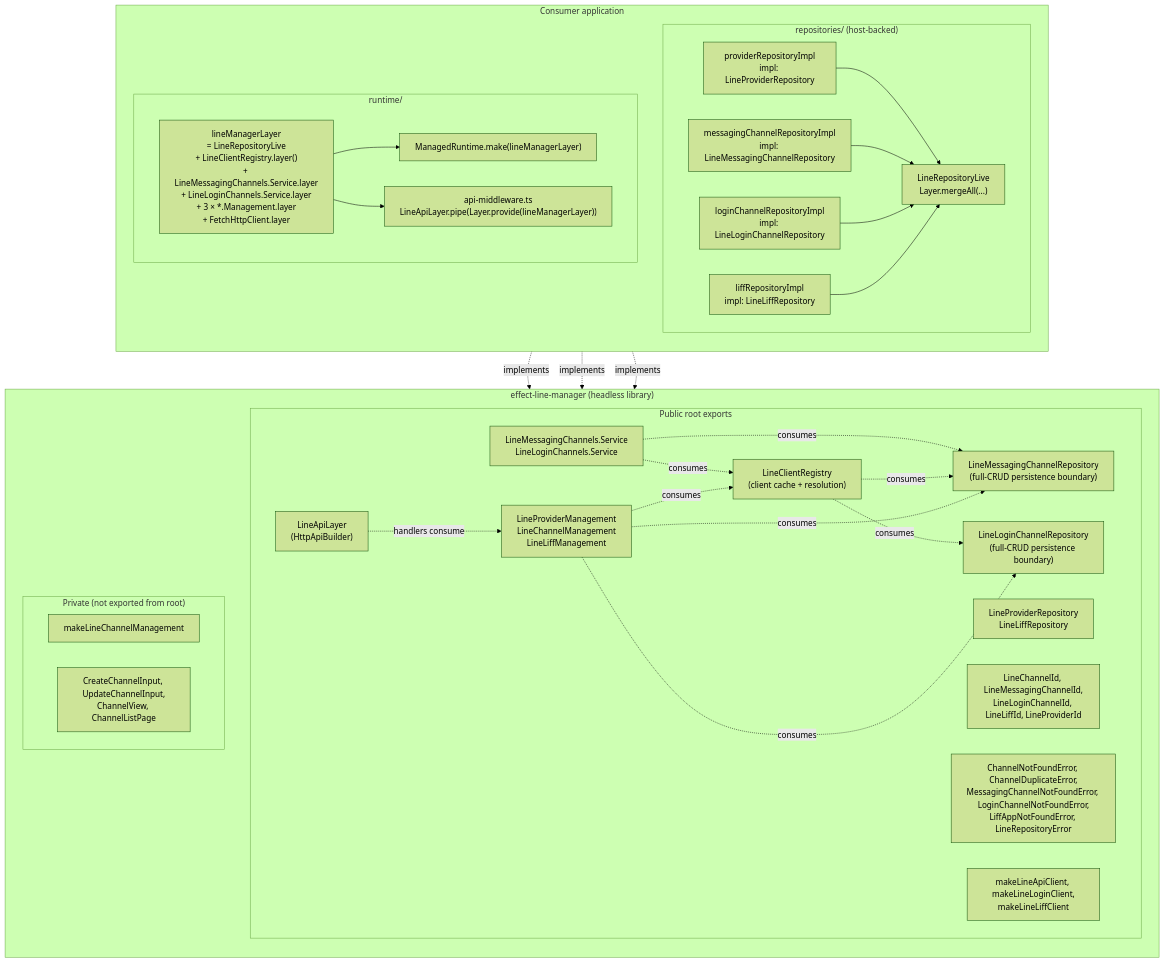
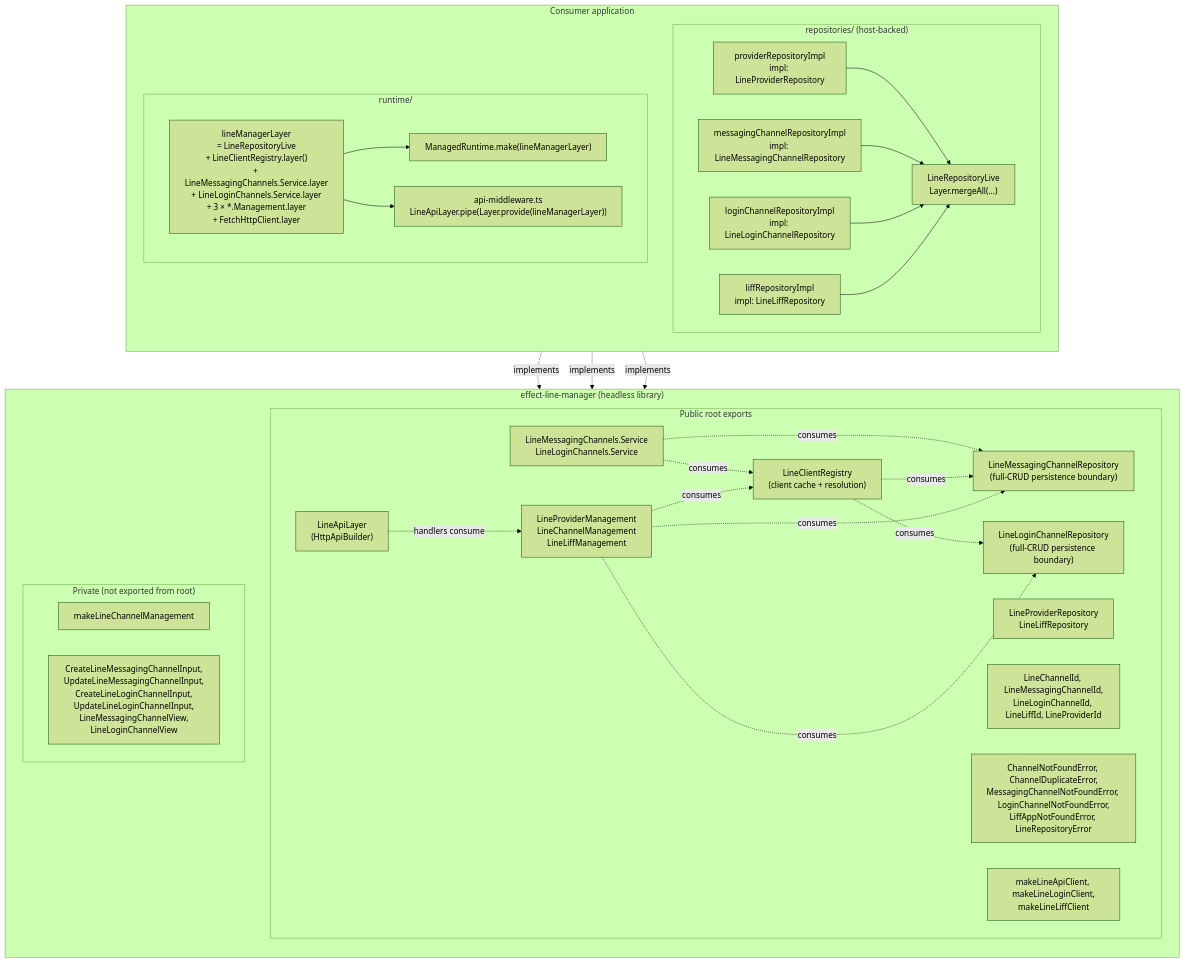
The diagram in docs/INTEGRATION.md (allenthich/effect-line-manager), drawn with Mermaid (forest theme) before and after one commit. The commit also changed other lines of this file and 26 other files, not shown here.

Commit message:
feat(line-manager)!: remove combined channel shim surface, split web UI into messaging + login tabs

````diff
--- a/docs/INTEGRATION.md
+++ b/docs/INTEGRATION.md
@@ -9,65 +9,65 @@
 ```mermaid
 flowchart TD
   subgraph Library["effect-line-manager (headless library)"]
     direction TB
 
     subgraph PublicSurface["Public root exports"]
       direction LR
       MessagingRepo["LineMessagingChannelRepository<br/>(full-CRUD persistence boundary)"]
       LoginRepo["LineLoginChannelRepository<br/>(full-CRUD persistence boundary)"]
       MgmtServices["LineProviderManagement<br/>LineChannelManagement<br/>LineLiffManagement"]
       Registry["LineClientRegistry<br/>(client cache + resolution)"]
       DomainServices["LineMessagingChannels.Service<br/>LineLoginChannels.Service"]
       Ports["LineProviderRepository<br/>LineLiffRepository"]
       HttpApi["LineApiLayer<br/>(HttpApiBuilder)"]
       Brands["LineChannelId, LineMessagingChannelId,<br/>LineLoginChannelId, LineLiffId, LineProviderId"]
       Errors["ChannelNotFoundError, ChannelDuplicateError,<br/>MessagingChannelNotFoundError, LoginChannelNotFoundError,<br/>LiffAppNotFoundError, LineRepositoryError"]
       HttpClients["makeLineApiClient, makeLineLoginClient,<br/>makeLineLiffClient"]
     end
 
     subgraph PrivateImpls["Private (not exported from root)"]
       Direction["makeLineChannelManagement"]
-      MgmtTypes["CreateChannelInput, UpdateChannelInput,<br/>ChannelView, ChannelListPage"]
+      MgmtTypes["CreateLineMessagingChannelInput,<br/>UpdateLineMessagingChannelInput,<br/>CreateLineLoginChannelInput,<br/>UpdateLineLoginChannelInput,<br/>LineMessagingChannelView,<br/>LineLoginChannelView"]
     end
 
     %% Dependency edges
     DomainServices -. "consumes" .-> MessagingRepo
     DomainServices -. "consumes" .-> Registry
     Registry -. "consumes" .-> MessagingRepo
     Registry -. "consumes" .-> LoginRepo
     MgmtServices -. "consumes" .-> MessagingRepo
     MgmtServices -. "consumes" .-> LoginRepo
     MgmtServices -. "consumes" .-> Registry
     HttpApi -. "handlers consume" .-> MgmtServices
   end
 
   subgraph Consumer["Consumer application"]
     direction TB
 
     subgraph Repositories["repositories/ (host-backed)"]
       ProviderRepo["providerRepositoryImpl<br/>impl: LineProviderRepository"]
       MessagingRepoImpl["messagingChannelRepositoryImpl<br/>impl: LineMessagingChannelRepository"]
       LoginRepoImpl["loginChannelRepositoryImpl<br/>impl: LineLoginChannelRepository"]
       LiffRepo["liffRepositoryImpl<br/>impl: LineLiffRepository"]
       LiveLayer["LineRepositoryLive<br/>Layer.mergeAll(...)"]
       ProviderRepo --> LiveLayer
       MessagingRepoImpl --> LiveLayer
       LoginRepoImpl --> LiveLayer
       LiffRepo --> LiveLayer
     end
 
     subgraph Runtime["runtime/"]
       CompositionRoot["lineManagerLayer<br/>= LineRepositoryLive<br/>+ LineClientRegistry.layer()<br/>+ LineMessagingChannels.Service.layer<br/>+ LineLoginChannels.Service.layer<br/>+ 3 × *.Management.layer<br/>+ FetchHttpClient.layer"]
       ManagedRuntime["ManagedRuntime.make(lineManagerLayer)"]
       ApiMiddleware["api-middleware.ts<br/>LineApiLayer.pipe(Layer.provide(lineManagerLayer))"]
 
       CompositionRoot --> ManagedRuntime
       CompositionRoot --> ApiMiddleware
     end
   end
 
   %% Consumer → Library implementation edges
   Repositories -. "implements" .-> MessagingRepo
   Repositories -. "implements" .-> LoginRepo
   Repositories -. "implements" .-> Ports
 ```
````
